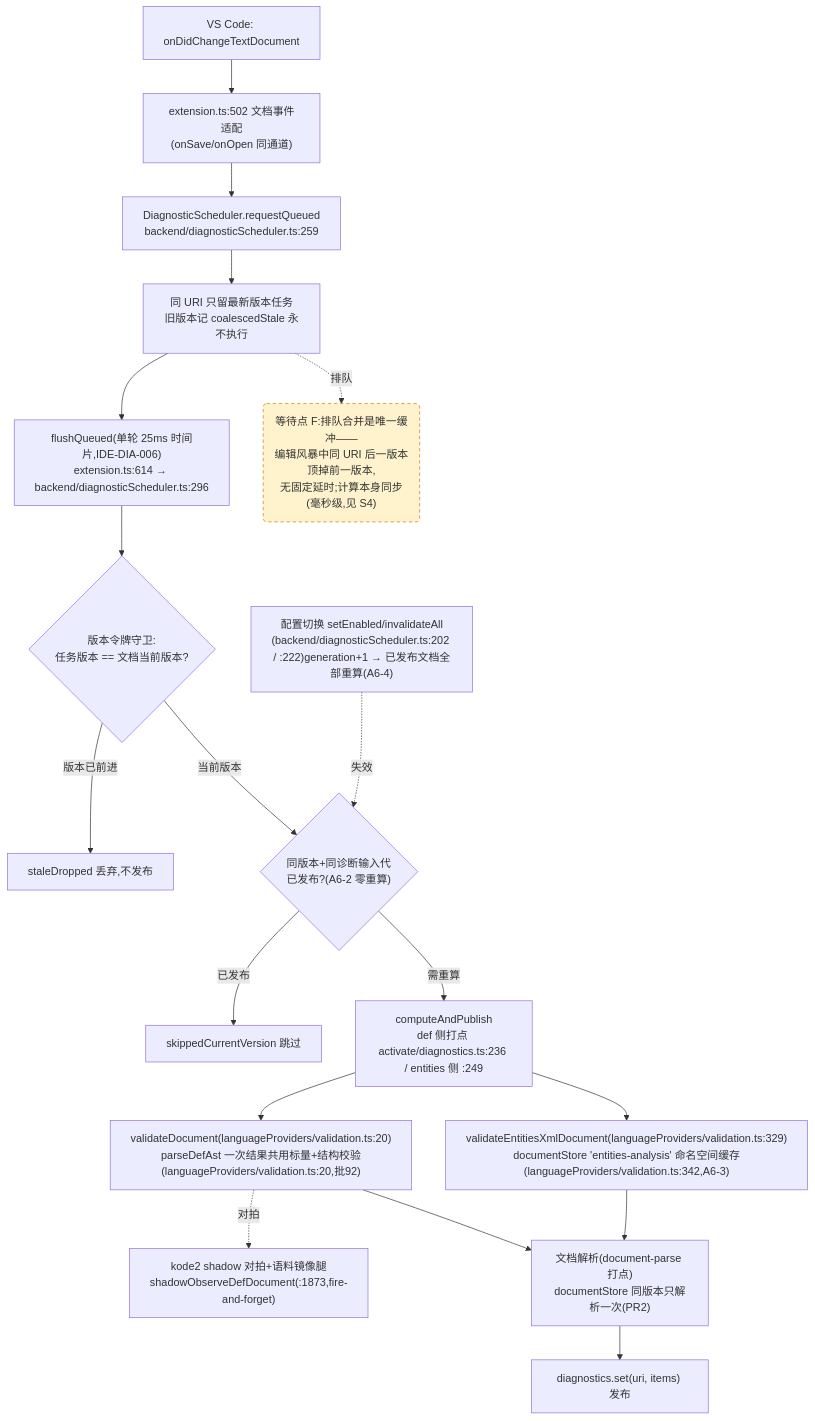
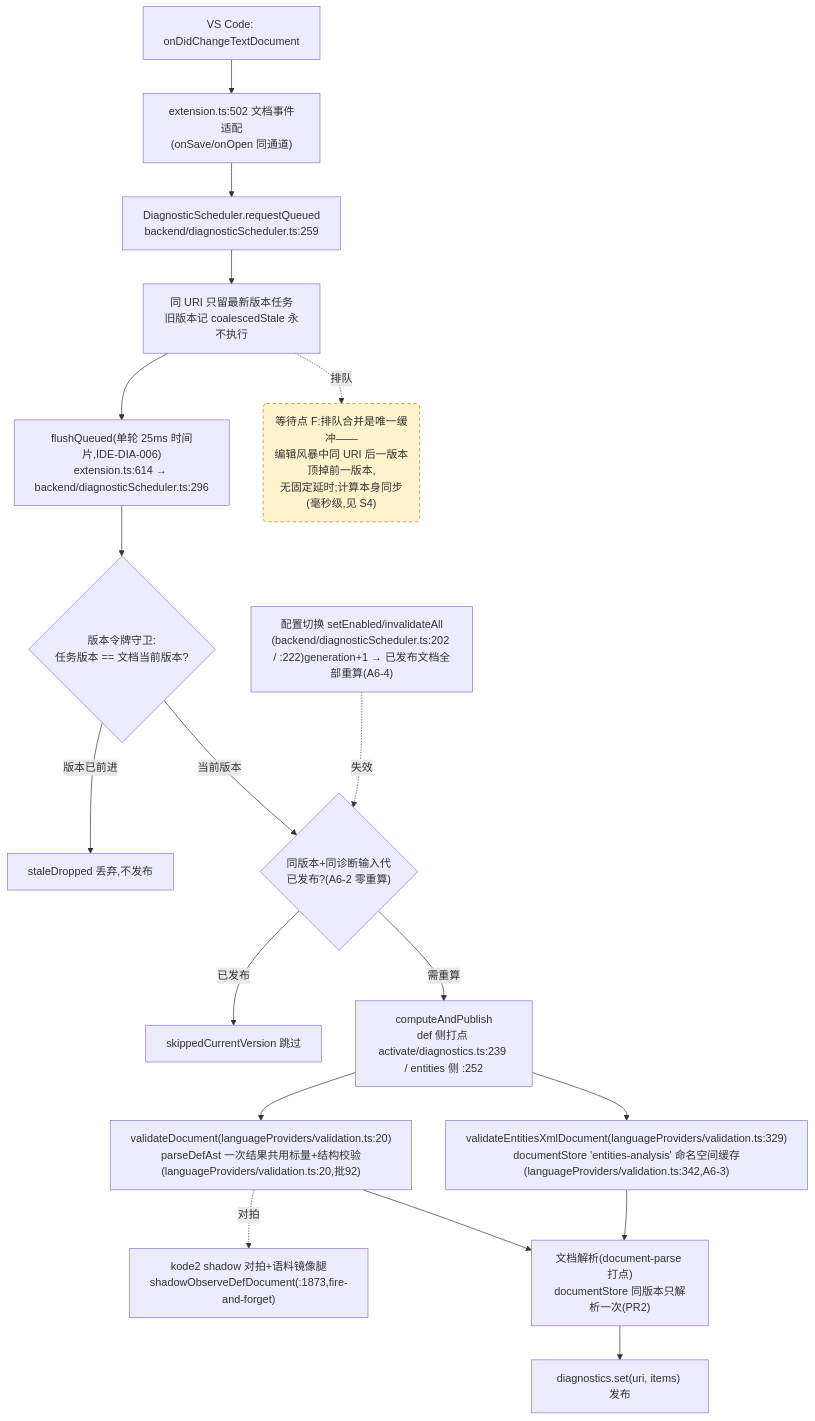
Before and after one commit to cuihairu/kode: the fourth of 4 diagrams in docs/perf/2026-baseline.md, drawn with Mermaid. The commit also changed other lines of this file and 6 other files, not shown here.

````diff
--- a/docs/perf/2026-baseline.md
+++ b/docs/perf/2026-baseline.md
@@ -244,38 +245,38 @@
 ```mermaid
 flowchart TD
   CHG["VS Code: onDidChangeTextDocument"]
   WATCH["extension.ts:502 文档事件适配<br/>(onSave/onOpen 同通道)"]
   RQ["DiagnosticScheduler.requestQueued<br/>backend/diagnosticScheduler.ts:259"]
   CO["同 URI 只留最新版本任务<br/>旧版本记 coalescedStale 永不执行"]
   FL["flushQueued(单轮 25ms 时间片,IDE-DIA-006)<br/>extension.ts:614 → backend/diagnosticScheduler.ts:296"]
   VG{"版本令牌守卫:<br/>任务版本 == 文档当前版本?"}
   DROP["staleDropped 丢弃,不发布"]
   GEN{"同版本+同诊断输入代<br/>已发布?(A6-2 零重算)"}
   SKIP["skippedCurrentVersion 跳过"]
-  CALC["computeAndPublish<br/>def 侧打点 activate/diagnostics.ts:236 / entities 侧 :249"]
+  CALC["computeAndPublish<br/>def 侧打点 activate/diagnostics.ts:239 / entities 侧 :252"]
   VD["validateDocument(languageProviders/validation.ts:20)<br/>parseDefAst 一次结果共用标量+结构校验(languageProviders/validation.ts:20,批92)"]
   VEX["validateEntitiesXmlDocument(languageProviders/validation.ts:329)<br/>documentStore 'entities-analysis' 命名空间缓存(languageProviders/validation.ts:342,A6-3)"]
   SHDD["kode2 shadow 对拍+语料镜像腿<br/>shadowObserveDefDocument(:1873,fire-and-forget)"]
   DS["文档解析(document-parse 打点)<br/>documentStore 同版本只解析一次(PR2)"]
   PUB["diagnostics.set(uri, items) 发布"]
   CFG2["配置切换 setEnabled/invalidateAll<br/>(backend/diagnosticScheduler.ts:202 / :222)generation+1 → 已发布文档全部重算(A6-4)"]
 
   CHG --> WATCH --> RQ --> CO --> FL --> VG
   VG -- "版本已前进" --> DROP
   VG -- "当前版本" --> GEN
   GEN -- "已发布" --> SKIP
   GEN -- "需重算" --> CALC
   CALC --> VD
   CALC --> VEX
   VD --> DS
   VEX --> DS
   DS --> PUB
   VD -.->|对拍| SHDD
   CFG2 -.->|失效| GEN
 
   WAITF("等待点 F:排队合并是唯一缓冲——<br/>编辑风暴中同 URI 后一版本顶掉前一版本,<br/>无固定延时;计算本身同步(毫秒级,见 S4)")
   CO -.->|排队| WAITF
 
   classDef waitPoint fill:#fff3cd,stroke:#d97706,stroke-dasharray:5 4;
   class WAITF waitPoint;
 ```
````
